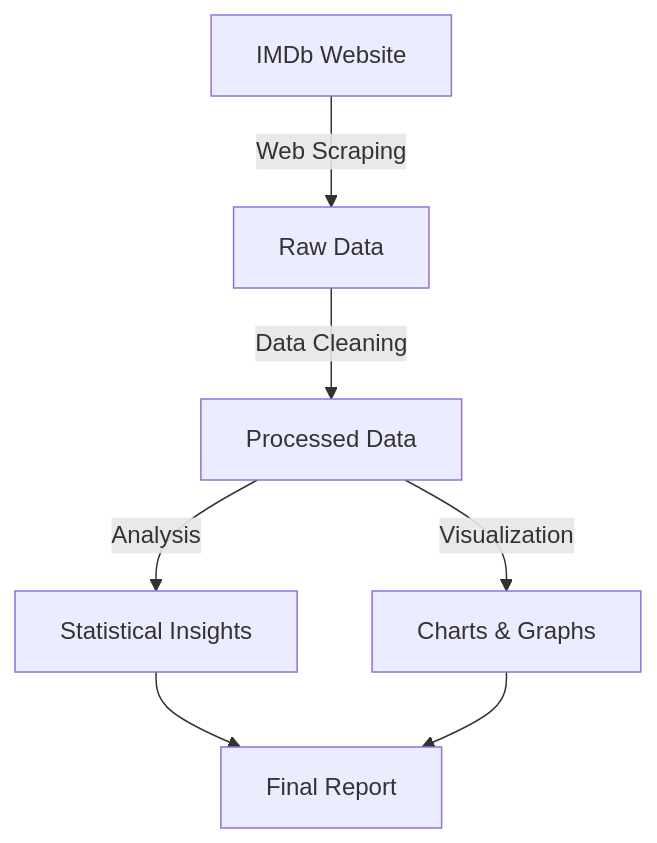
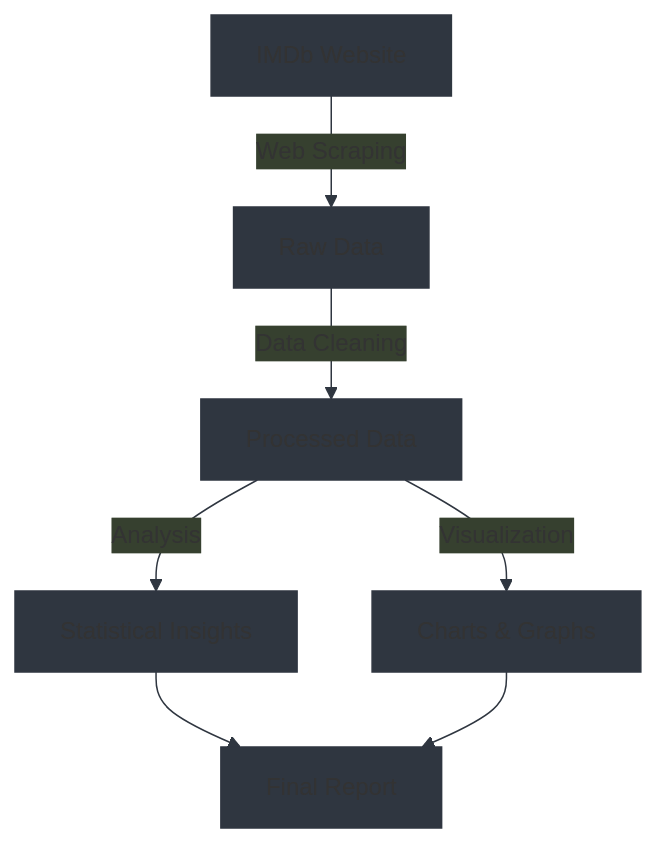
One commit to Izukushwaha/Movie-Scrapping-DA-Project changed the second of 5 diagrams in README.md. Above: the diagram before and after it, drawn with Mermaid. The commit also changed other lines of this file, not shown here.

````diff
--- a/README.md
+++ b/README.md
@@ -37,9 +37,10 @@
 ```mermaid
+%%{init: {'theme': 'base', 'themeVariables': { 'primaryColor': '#2f3640', 'textColor': '#2f3640', 'lineColor': '#2f3640', 'primaryBorderColor': '#2f3640'}}}%%
 flowchart TD
     A[IMDb Website] -->|Web Scraping| B[Raw Data]
     B -->|Data Cleaning| C[Processed Data]
     C -->|Analysis| D[Statistical Insights]
     C -->|Visualization| E[Charts & Graphs]
     D --> F[Final Report]
     E --> F
 ```
````
